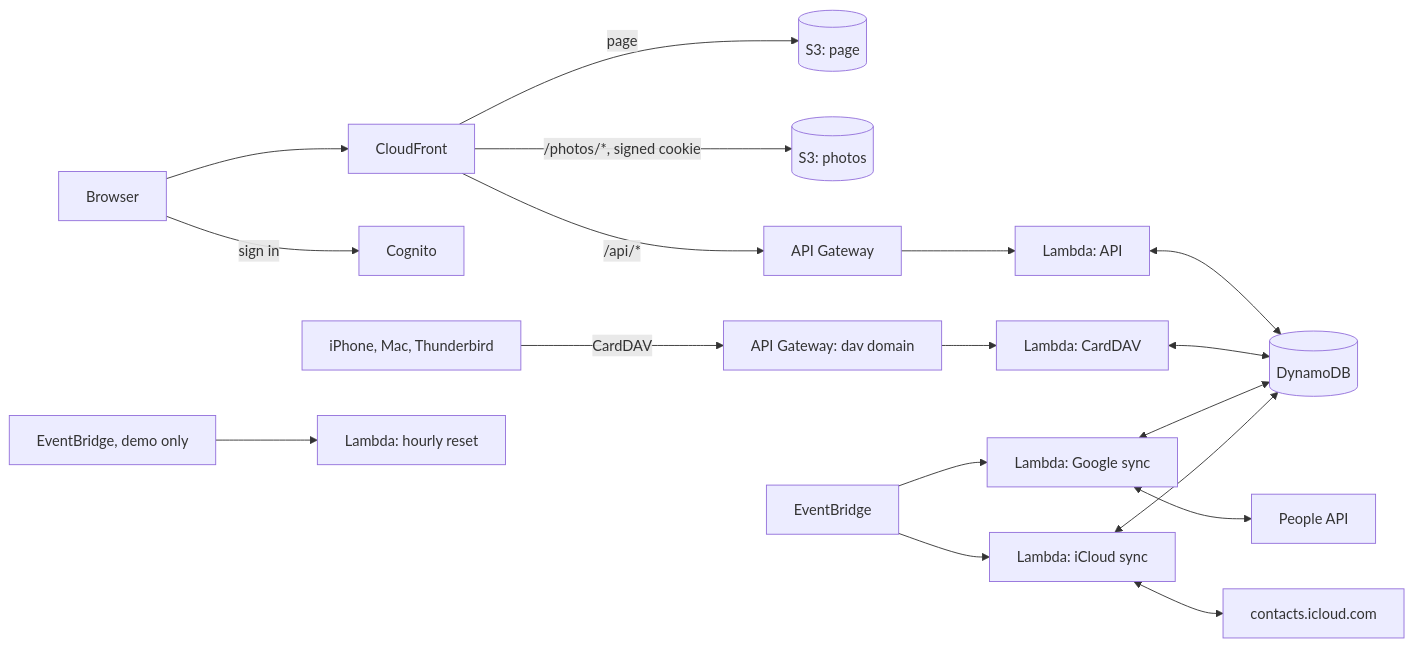
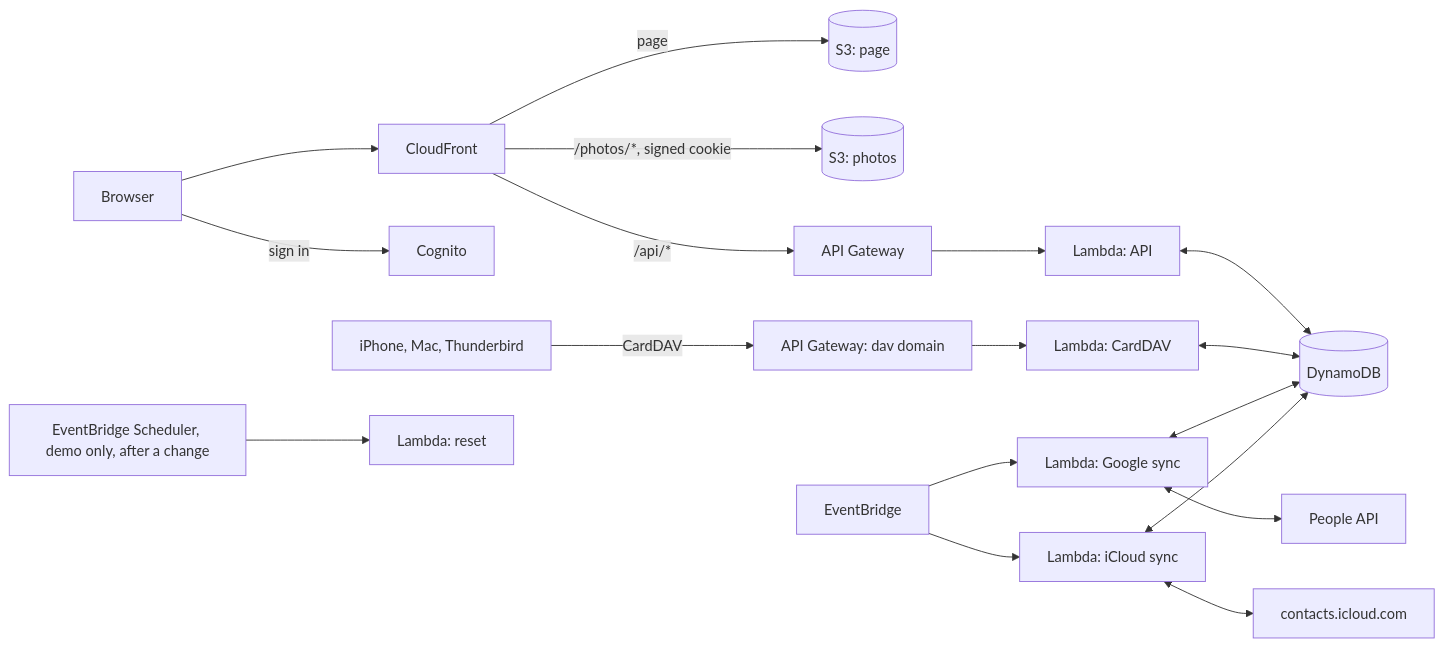
Before and after one commit to Tozapid/contacts-serverless-aws: the diagram in README.md, drawn with Mermaid. The commit also changed other lines of this file and 15 other files, not shown here.

````diff
--- a/README.md
+++ b/README.md
@@ -38,13 +38,13 @@
 ```mermaid
 flowchart LR
   B[Browser] --> CF[CloudFront]
   CF -->|page| WEB[(S3: page)]
   CF -->|/photos/*, signed cookie| PH[(S3: photos)]
   CF -->|/api/*| API[API Gateway] --> L[Lambda: API]
   B -->|sign in| COG[Cognito]
   D[iPhone, Mac, Thunderbird] -->|CardDAV| DAV[API Gateway: dav domain] --> LD[Lambda: CardDAV]
   EB[EventBridge] --> LG[Lambda: Google sync] <--> G[People API]
   EB --> LI[Lambda: iCloud sync] <--> I[contacts.icloud.com]
   L & LD & LG & LI <--> DB[(DynamoDB)]
-  EB2[EventBridge, demo only] --> R[Lambda: hourly reset]
+  EB2[EventBridge Scheduler, demo only, after a change] --> R[Lambda: reset]
 ```
````
